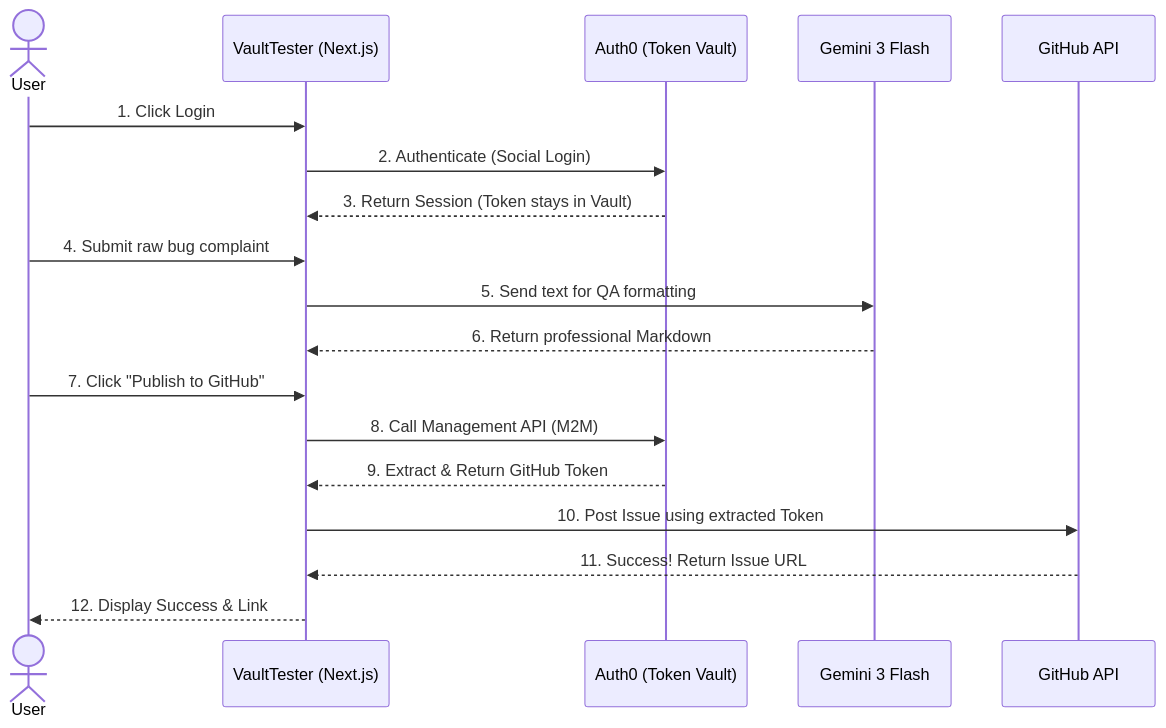
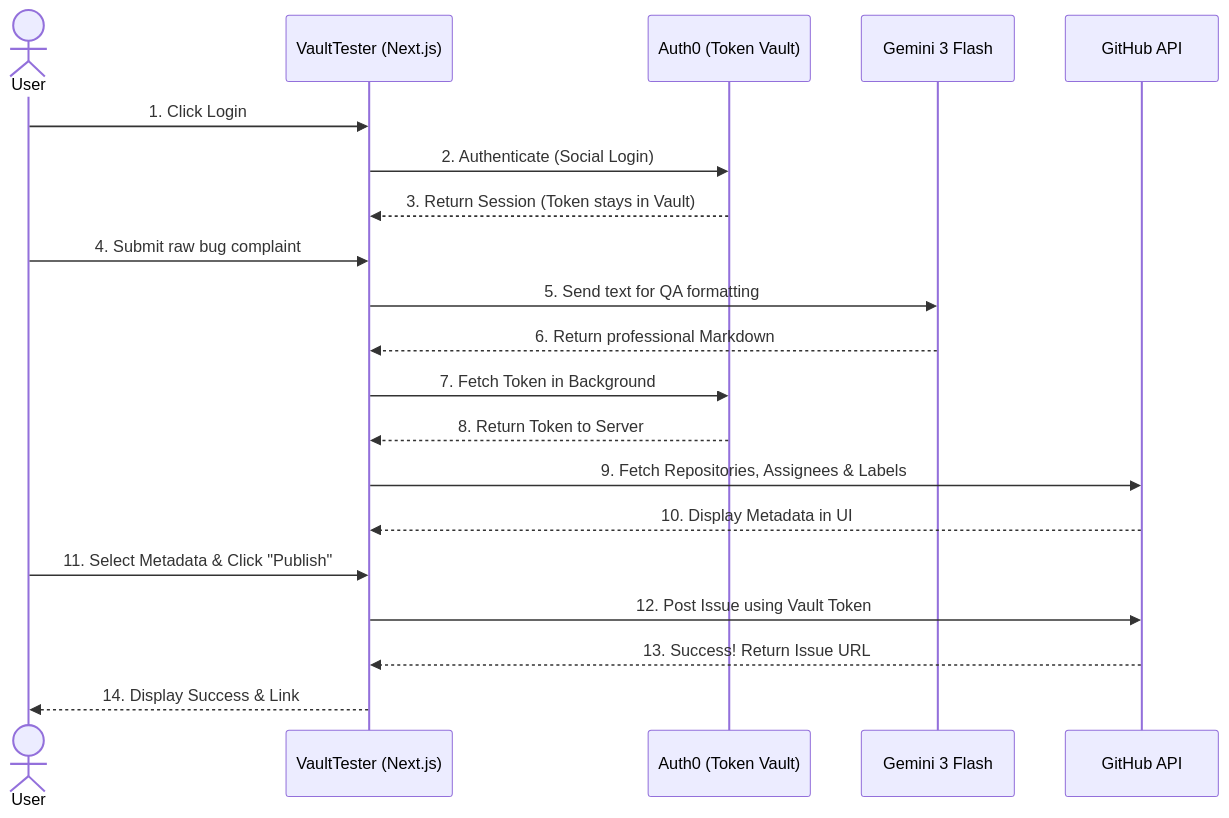
One commit to ArcVielLouvent/Vault-Tester changed the second of 2 diagrams in README.md. Above: the diagram before and after it, drawn with Mermaid. The commit also changed other lines of this file, not shown here.

Commit message:
Update README with updated sequence diagram and flowchart/graph td and Live demo and video demo link

````diff
--- a/README.md
+++ b/README.md
@@ -62,23 +68,26 @@
 ```mermaid
 sequenceDiagram
     actor User
     participant App as VaultTester (Next.js)
     participant Auth0 as Auth0 (Token Vault)
     participant AI as Gemini 3 Flash
     participant GitHub as GitHub API
 
     User->>App: 1. Click Login
     App->>Auth0: 2. Authenticate (Social Login)
     Auth0-->>App: 3. Return Session (Token stays in Vault)
     
     User->>App: 4. Submit raw bug complaint
     App->>AI: 5. Send text for QA formatting
     AI-->>App: 6. Return professional Markdown
     
-    User->>App: 7. Click "Publish to GitHub"
-    App->>Auth0: 8. Call Management API (M2M)
-    Auth0-->>App: 9. Extract & Return GitHub Token
-    App->>GitHub: 10. Post Issue using extracted Token
-    GitHub-->>App: 11. Success! Return Issue URL
-    App-->>User: 12. Display Success & Link
+    App->>Auth0: 7. Fetch Token in Background
+    Auth0-->>App: 8. Return Token to Server
+    App->>GitHub: 9. Fetch Repositories, Assignees & Labels
+    GitHub-->>App: 10. Display Metadata in UI
+    
+    User->>App: 11. Select Metadata & Click "Publish"
+    App->>GitHub: 12. Post Issue using Vault Token
+    GitHub-->>App: 13. Success! Return Issue URL
+    App-->>User: 14. Display Success & Link
 ```
````
